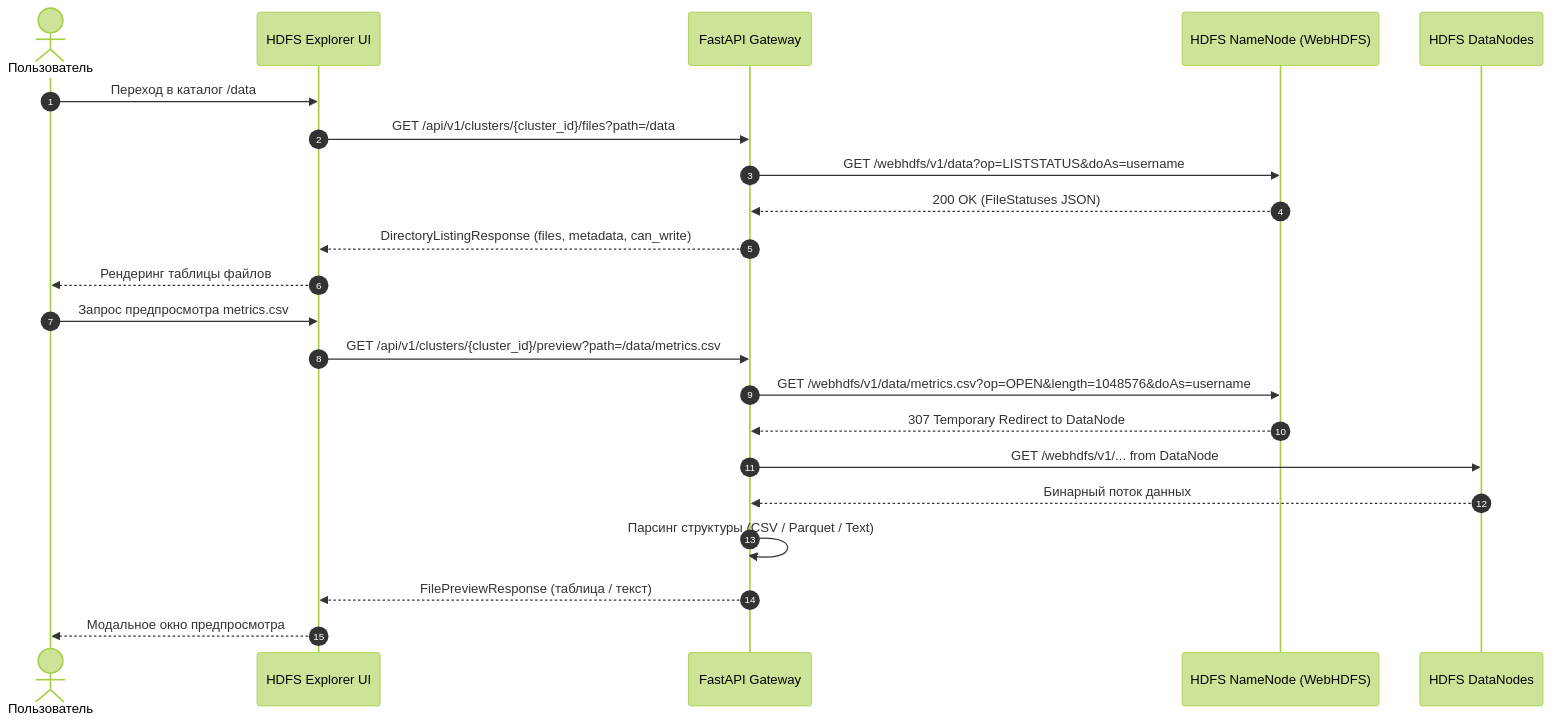
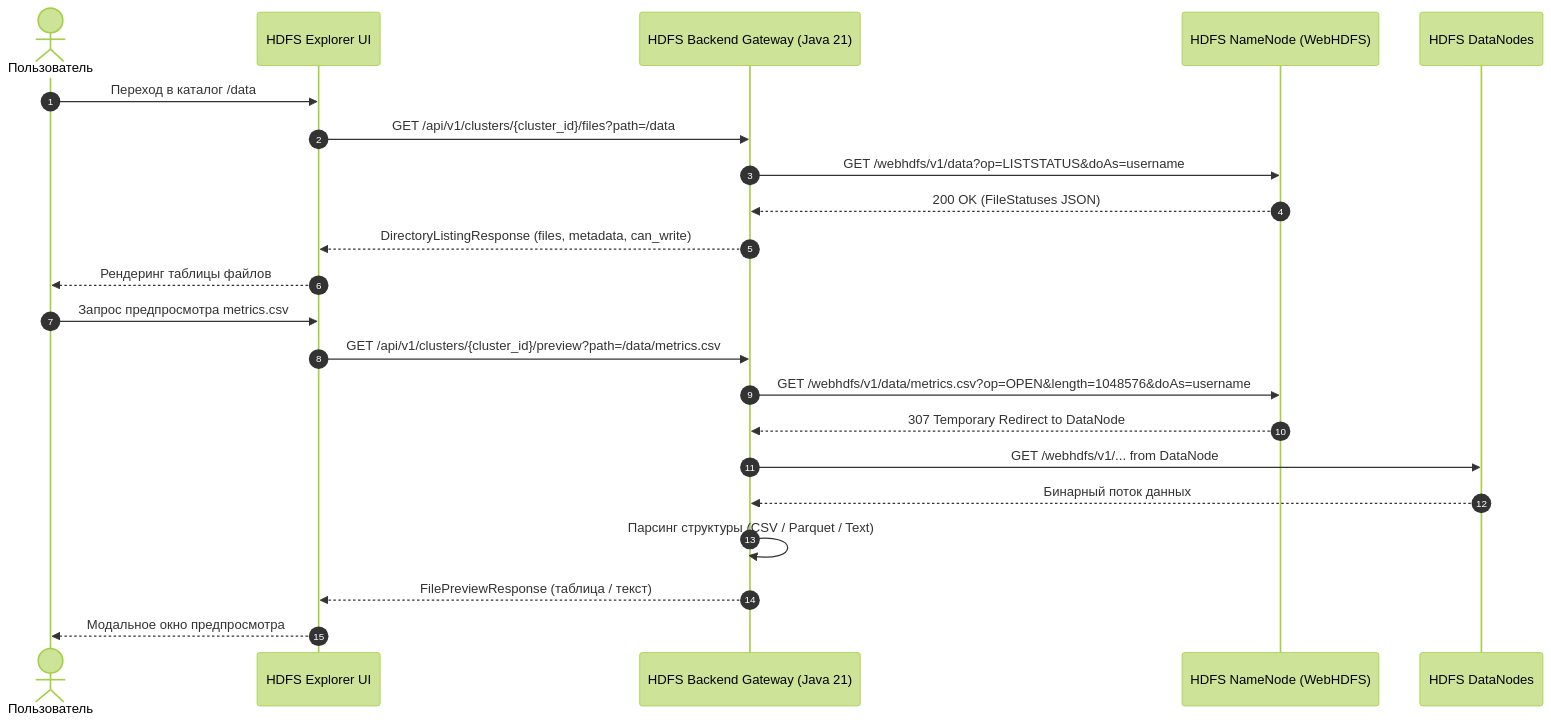
Before and after one commit to balookrd/hadoop-explorer: the second of 2 diagrams in docs/hdfs-user-guide.md, drawn with Mermaid (forest theme). The commit also changed other lines of this file and 66 other files, not shown here.

````diff
--- a/docs/hdfs-user-guide.md
+++ b/docs/hdfs-user-guide.md
@@ -73,26 +73,26 @@
 ```mermaid
 sequenceDiagram
     autonumber
     actor U as Пользователь
     participant UI as HDFS Explorer UI
-    participant BE as FastAPI Gateway
+    participant BE as HDFS Backend Gateway (Java 21)
     participant NN as HDFS NameNode (WebHDFS)
     participant DN as HDFS DataNodes
 
     U->>UI: Переход в каталог /data
     UI->>BE: GET /api/v1/clusters/{cluster_id}/files?path=/data
     BE->>NN: GET /webhdfs/v1/data?op=LISTSTATUS&doAs=username
     NN-->>BE: 200 OK (FileStatuses JSON)
     BE-->>UI: DirectoryListingResponse (files, metadata, can_write)
     UI-->>U: Рендеринг таблицы файлов
 
     U->>UI: Запрос предпросмотра metrics.csv
     UI->>BE: GET /api/v1/clusters/{cluster_id}/preview?path=/data/metrics.csv
     BE->>NN: GET /webhdfs/v1/data/metrics.csv?op=OPEN&length=1048576&doAs=username
     NN-->>BE: 307 Temporary Redirect to DataNode
     BE->>DN: GET /webhdfs/v1/... from DataNode
     DN-->>BE: Бинарный поток данных
     BE->>BE: Парсинг структуры (CSV / Parquet / Text)
     BE-->>UI: FilePreviewResponse (таблица / текст)
     UI-->>U: Модальное окно предпросмотра
 ```
````
